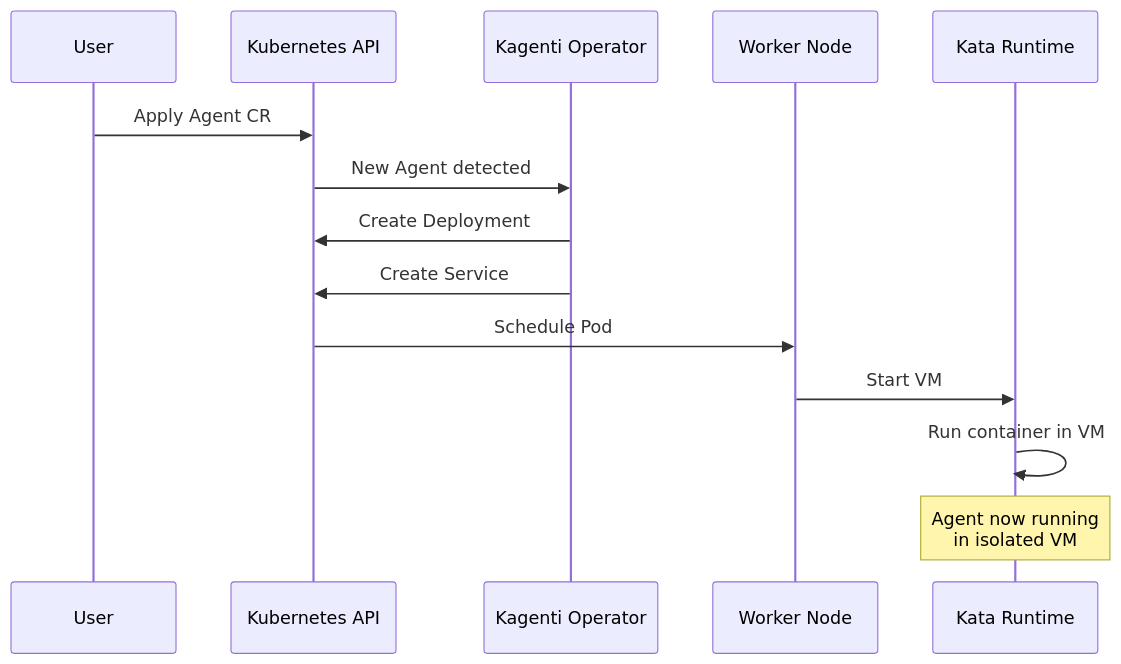
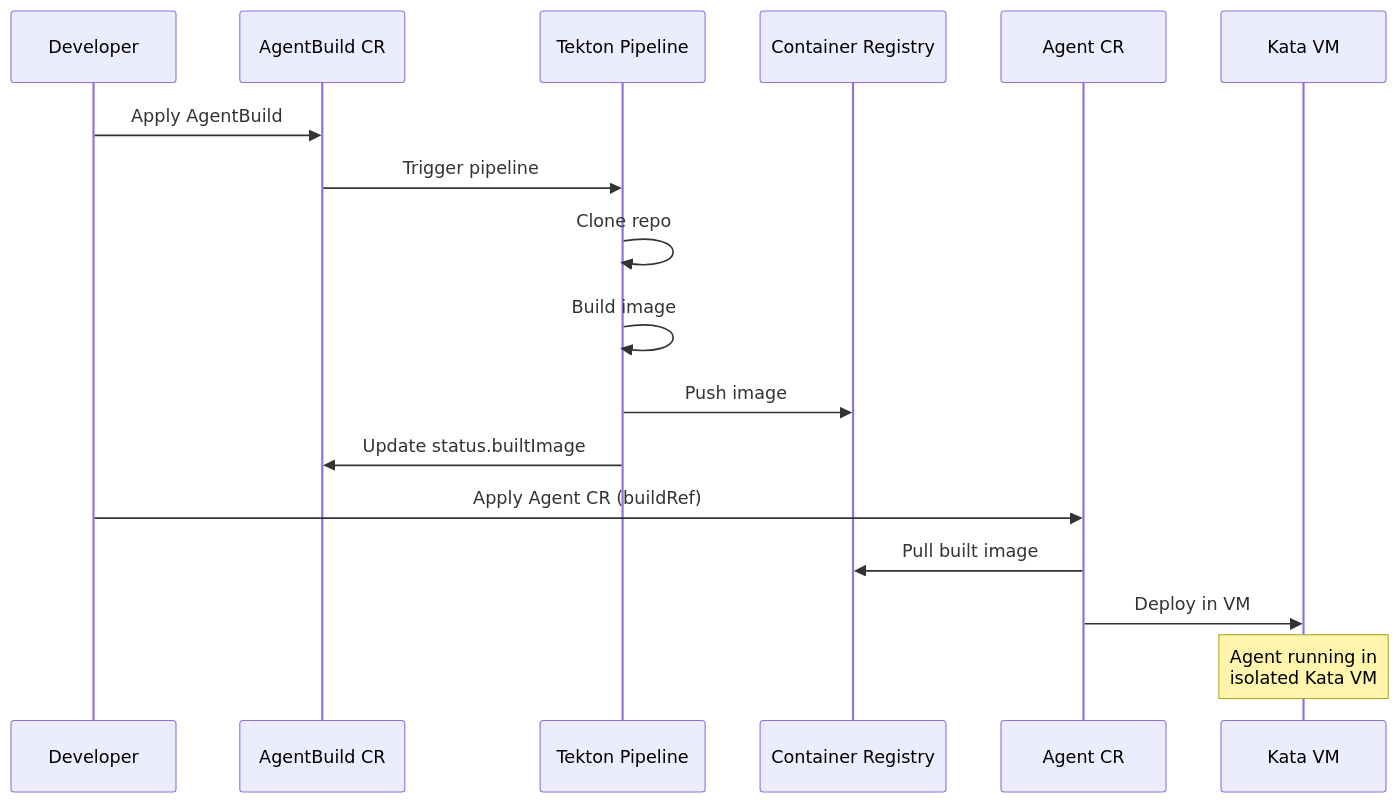
Before and after one commit to rrbanda/agent-sandbox-ocp: the diagram in docs/workshop/04-deploy-and-test/01-deploy-agent.md, drawn with Mermaid. The commit also changed other lines of this file and 48 other files, not shown here.

Commit message:
Reorganize workshop with AgentBuild, Security Hardening modules

````diff
--- a/docs/workshop/04-deploy-and-test/01-deploy-agent.md
+++ b/docs/workshop/04-deploy-and-test/01-deploy-agent.md
@@ -121,17 +314,20 @@
 ```mermaid
 sequenceDiagram
-    participant User
-    participant API as Kubernetes API
-    participant Op as Kagenti Operator
-    participant Node as Worker Node
-    participant Kata as Kata Runtime
+    participant Dev as Developer
+    participant AB as AgentBuild CR
+    participant Tekton as Tekton Pipeline
+    participant Reg as Container Registry
+    participant Agent as Agent CR
+    participant Kata as Kata VM
     
-    User->>API: Apply Agent CR
-    API->>Op: New Agent detected
-    Op->>API: Create Deployment
-    Op->>API: Create Service
-    API->>Node: Schedule Pod
-    Node->>Kata: Start VM
-    Kata->>Kata: Run container in VM
-    Note over Kata: Agent now running<br/>in isolated VM
+    Dev->>AB: Apply AgentBuild
+    AB->>Tekton: Trigger pipeline
+    Tekton->>Tekton: Clone repo
+    Tekton->>Tekton: Build image
+    Tekton->>Reg: Push image
+    Tekton->>AB: Update status.builtImage
+    Dev->>Agent: Apply Agent CR (buildRef)
+    Agent->>Reg: Pull built image
+    Agent->>Kata: Deploy in VM
+    Note over Kata: Agent running in<br/>isolated Kata VM
 ```
````
